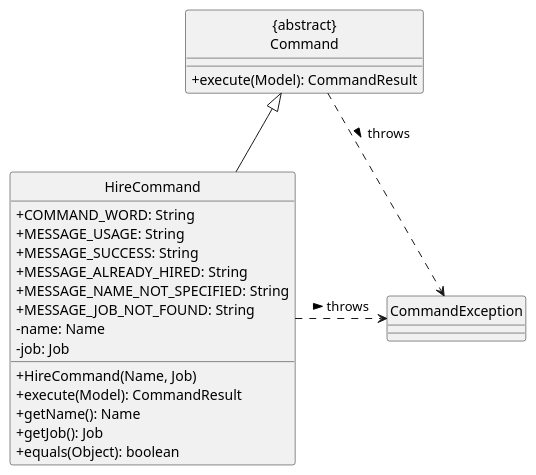
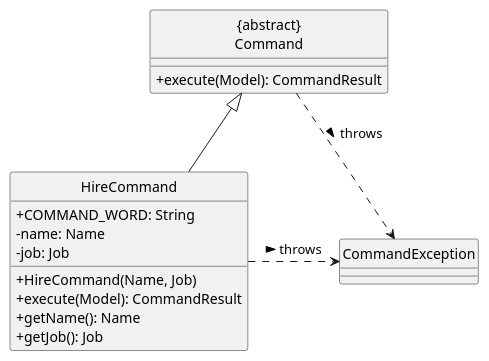
Before and after one commit to nus-cs2103-AY2425S1/tp: the diagram in docs/diagrams/add-remark/HireCommand.puml, drawn with PlantUML.

Commit message:
Update HireCommand UML

```diff
--- a/docs/diagrams/add-remark/HireCommand.puml
+++ b/docs/diagrams/add-remark/HireCommand.puml
@@ -1,31 +1,25 @@
 @startuml
 hide circle
 skinparam classAttributeIconSize 0
 
 Class "{abstract}\nCommand" as Command {
   +execute(Model): CommandResult
 }
 
 Class HireCommand {
   +COMMAND_WORD: String
-  +MESSAGE_USAGE: String
-  +MESSAGE_SUCCESS: String
-  +MESSAGE_ALREADY_HIRED: String
-  +MESSAGE_NAME_NOT_SPECIFIED: String
-  +MESSAGE_JOB_NOT_FOUND: String
   -name: Name
   -job: Job
   +HireCommand(Name, Job)
   +execute(Model): CommandResult
   +getName(): Name
   +getJob(): Job
-  +equals(Object): boolean
 }
 
 Class CommandException
 
 HireCommand -up-|> Command
 Command ..> CommandException: throws >
 HireCommand .right.> CommandException: throws >
 
 @enduml
```
